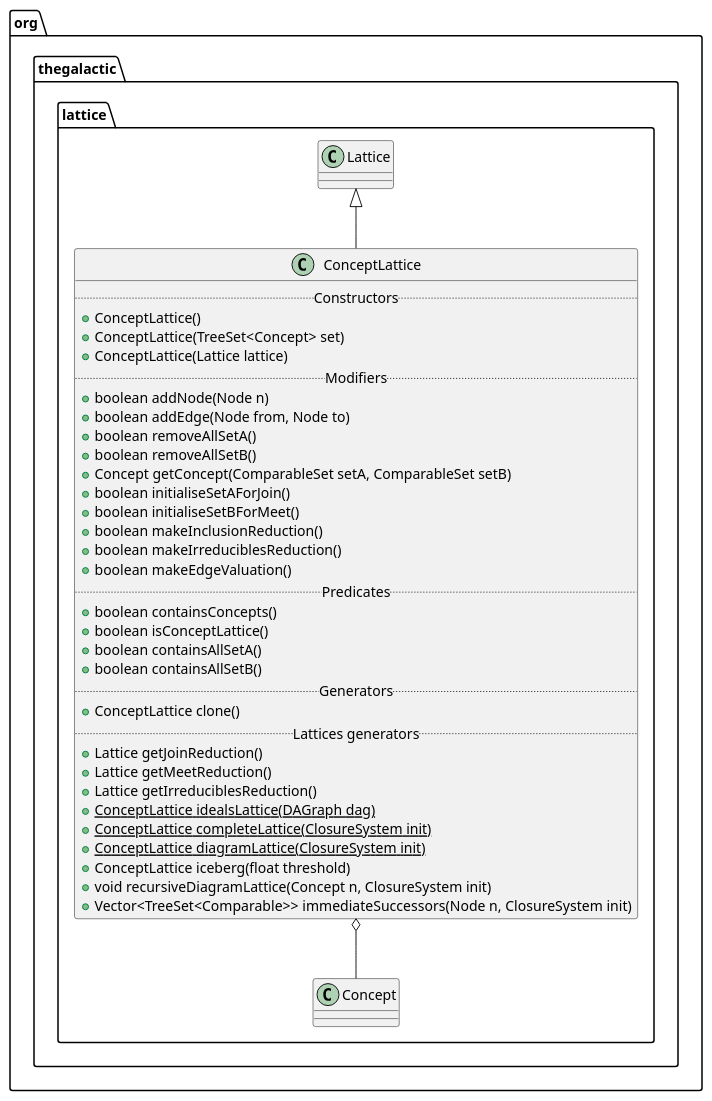
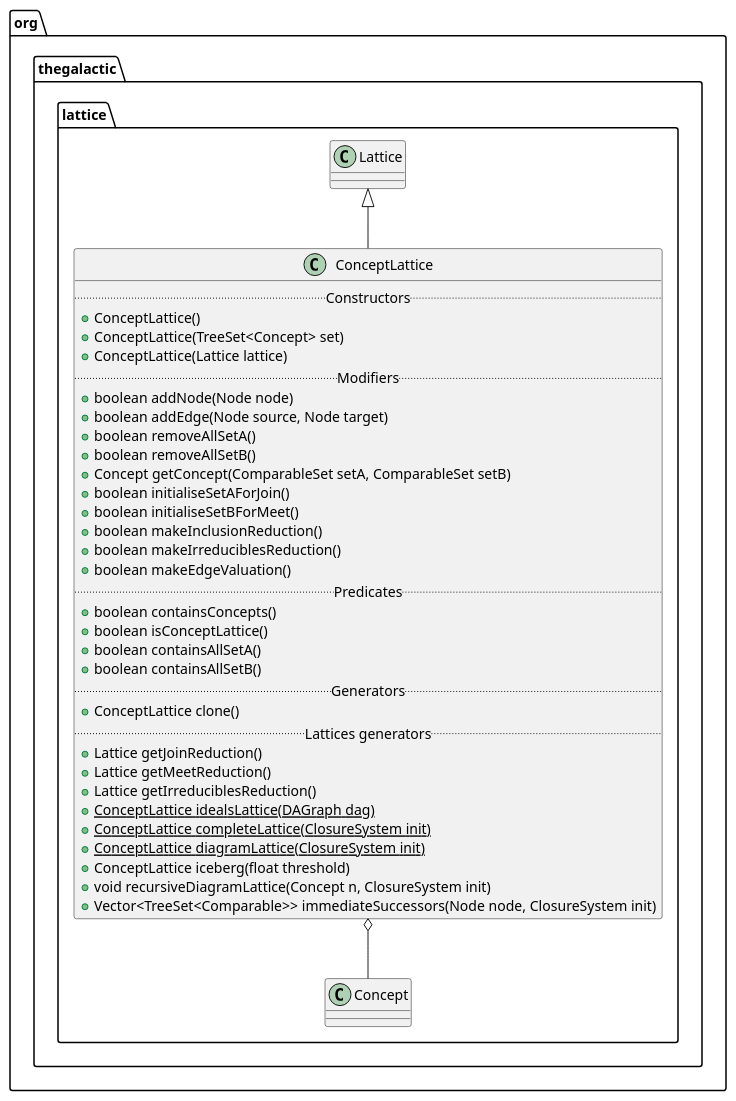
Before and after one commit to thegalactic/java-lattices: the diagram in src/main/doc/resources/org/thegalactic/lattice/ConceptLattice.iuml, drawn with PlantUML. The commit also changed 14 other files, not shown here.

```diff
--- a/src/main/doc/resources/org/thegalactic/lattice/ConceptLattice.iuml
+++ b/src/main/doc/resources/org/thegalactic/lattice/ConceptLattice.iuml
@@ -1,39 +1,39 @@
 package org.thegalactic.lattice {
     class ConceptLattice {
         .. Constructors ..
         +ConceptLattice()
         +ConceptLattice(TreeSet<Concept> set)
         +ConceptLattice(Lattice lattice)
         .. Modifiers ..
-        +boolean addNode(Node n)
-        +boolean addEdge(Node from, Node to)
+        +boolean addNode(Node node)
+        +boolean addEdge(Node source, Node target)
         +boolean removeAllSetA()
         +boolean removeAllSetB()
         +Concept getConcept(ComparableSet setA, ComparableSet setB)
         +boolean initialiseSetAForJoin()
         +boolean initialiseSetBForMeet()
         +boolean makeInclusionReduction()
         +boolean makeIrreduciblesReduction()
         +boolean makeEdgeValuation()
         .. Predicates ..
         +boolean containsConcepts()
         +boolean isConceptLattice()
         +boolean containsAllSetA()
         +boolean containsAllSetB()
         .. Generators ..
         +ConceptLattice clone()
         .. Lattices generators ..
         +Lattice getJoinReduction()
         +Lattice getMeetReduction()
         +Lattice getIrreduciblesReduction()
         +{static} ConceptLattice idealsLattice(DAGraph dag)
         +{static} ConceptLattice completeLattice(ClosureSystem init)
         +{static} ConceptLattice diagramLattice(ClosureSystem init)
         +ConceptLattice iceberg(float threshold)
         +void recursiveDiagramLattice(Concept n, ClosureSystem init)
-        +Vector<TreeSet<Comparable>> immediateSuccessors(Node n, ClosureSystem init)
+        +Vector<TreeSet<Comparable>> immediateSuccessors(Node node, ClosureSystem init)
     }
 
     Lattice <|-- ConceptLattice
     ConceptLattice o-- Concept
 }
```
